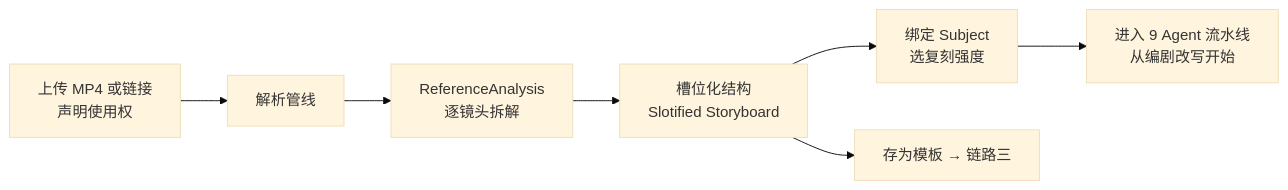
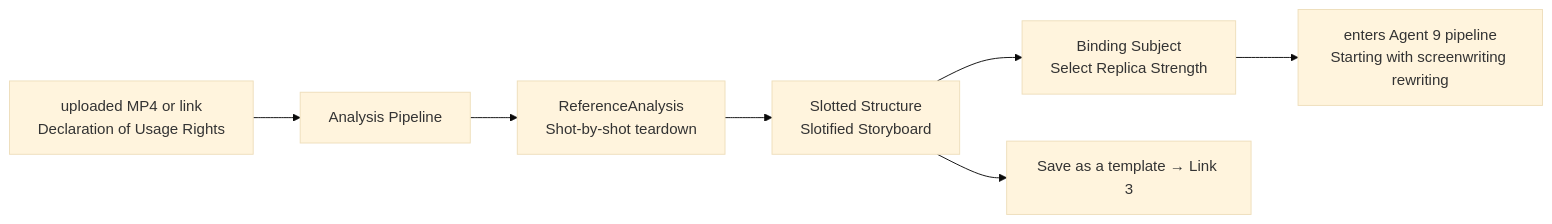
Diagram 11 of 17 in docs/prd.md (Runqi518/SPARKLE-AI---Your-Creativity-Deserves-a-Market), drawn with Mermaid (base theme) before and after one commit. The commit also changed other lines of this file and 60 other files, not shown here.

````diff
--- a/docs/prd.md
+++ b/docs/prd.md
@@ -1063,9 +1037,9 @@
 ```mermaid
 flowchart LR
-    U[上传 MP4 或链接<br/>声明使用权] --> D[解析管线]
-    D --> R[ReferenceAnalysis<br/>逐镜头拆解]
-    R --> T[槽位化结构<br/>Slotified Storyboard]
-    T --> B[绑定 Subject<br/>选复刻强度]
-    B --> P[进入 9 Agent 流水线<br/>从编剧改写开始]
-    T --> TPL[存为模板 → 链路三]
+    U[uploaded MP4 or link<br/>Declaration of Usage Rights] --> D[Analysis Pipeline]
+    D --> R[ReferenceAnalysis<br/>Shot-by-shot teardown]
+    R --> T[Slotted Structure<br/>Slotified Storyboard]
+    T --> B[Binding Subject<br/>Select Replica Strength]
+    B --> P[enters Agent 9 pipeline<br/>Starting with screenwriting rewriting]
+    T --> TPL[Save as a template → Link 3]
 ```
````
